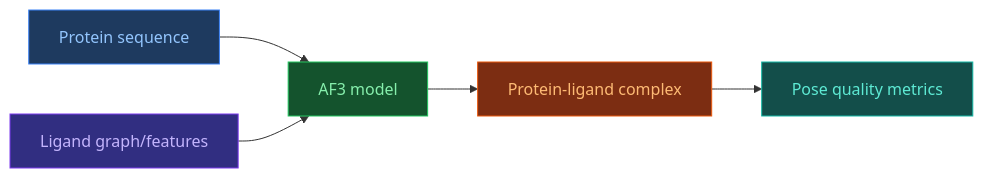
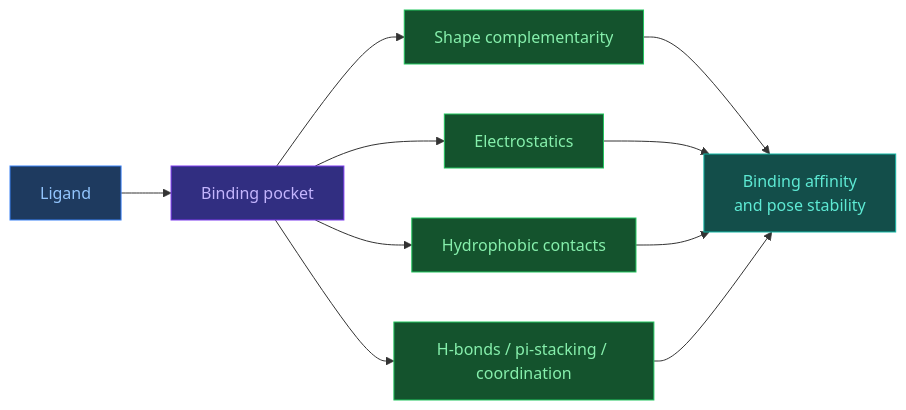
Before and after one commit to OlehVolkov/AlphaFold3-AIGen-KnowledgeBase: the second of 2 diagrams in EN/2. Concepts/2.1. Biology/2.1.3. Ligands and Small Molecules.md, drawn with Mermaid. The commit also changed other lines of this file and 33 other files, not shown here.

````diff
--- a/EN/2. Concepts/2.1. Biology/2.1.3. Ligands and Small Molecules.md
+++ b/EN/2. Concepts/2.1. Biology/2.1.3. Ligands and Small Molecules.md
@@ -69,14 +116,19 @@
 ```mermaid
 flowchart LR
-    S[Protein sequence]:::input --> M[AF3 model]:::diffusion
-    G[Ligand graph/features]:::trunk --> M
-    M --> X[Protein-ligand complex]:::confidence
-    X --> Q[Pose quality metrics]:::output
+    L["Ligand"]:::input --> P["Binding pocket"]:::trunk
+    P --> C1["Shape complementarity"]:::diffusion
+    P --> C2["Electrostatics"]:::diffusion
+    P --> C3["Hydrophobic contacts"]:::diffusion
+    P --> C4["H-bonds / pi-stacking / coordination"]:::diffusion
+    C1 --> A["Binding affinity<br/>and pose stability"]:::output
+    C2 --> A
+    C3 --> A
+    C4 --> A
 
     classDef input fill:#1e3a5f,stroke:#3b82f6,color:#93c5fd
     classDef trunk fill:#312e81,stroke:#7c3aed,color:#c4b5fd
     classDef diffusion fill:#14532d,stroke:#22c55e,color:#86efac
     classDef confidence fill:#7c2d12,stroke:#ea580c,color:#fdba74
     classDef output fill:#134e4a,stroke:#14b8a6,color:#5eead4
     classDef neutral fill:#1e293b,stroke:#475569,color:#94a3b8
 ```
````
